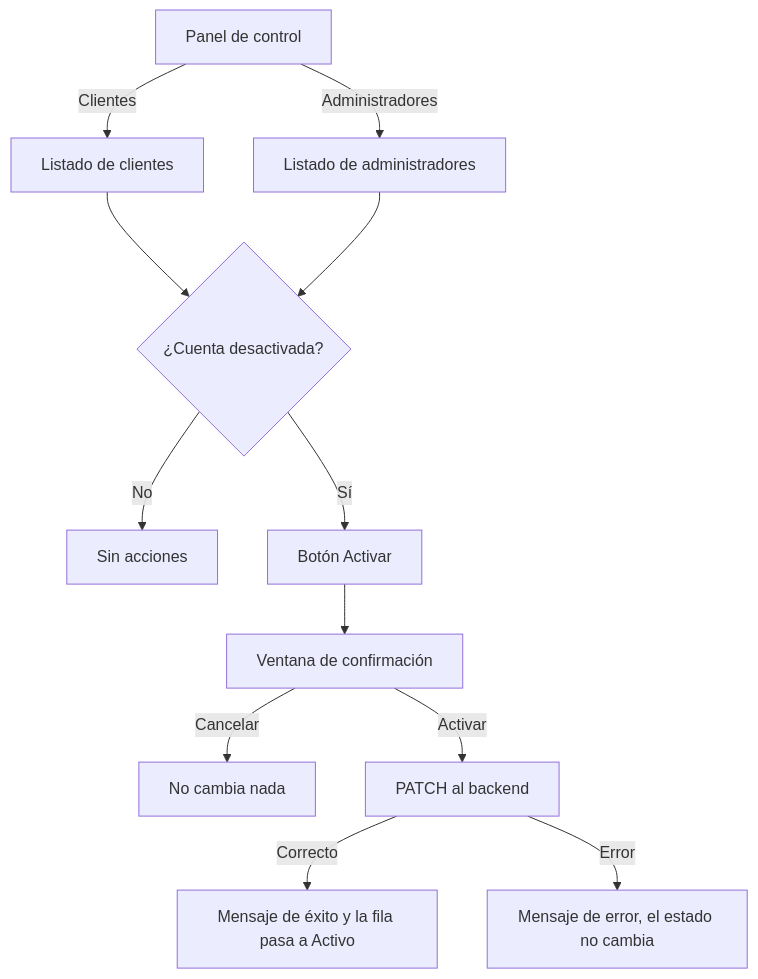
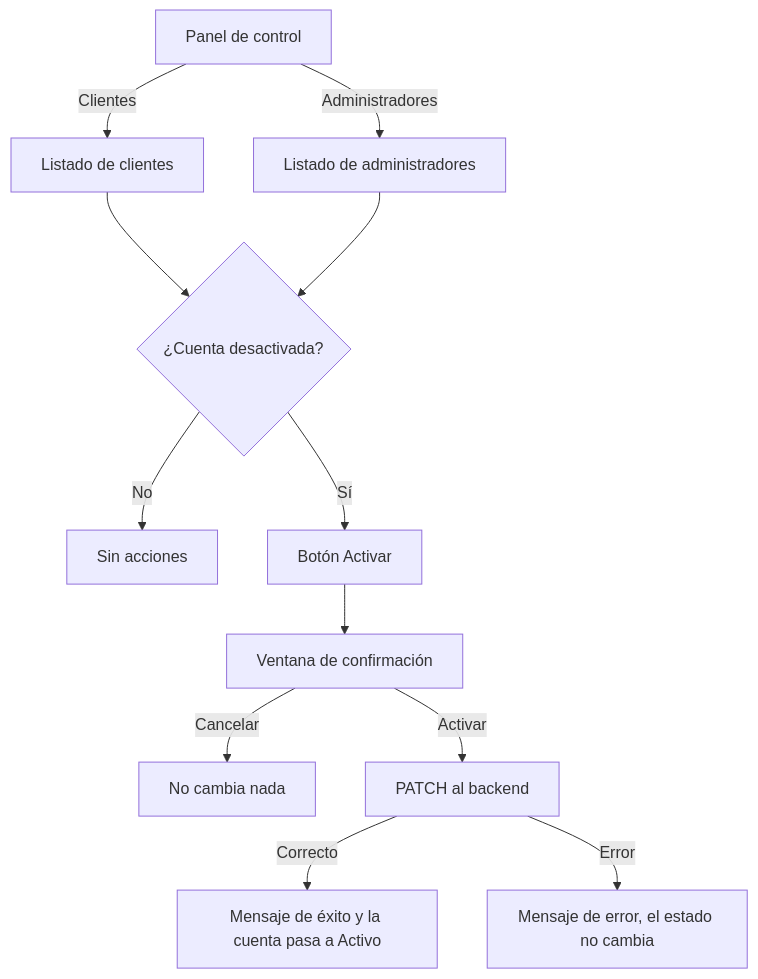
The diagram in frontend/docs/hu24-activar-usuario.md (ESIBuy-2026-2027/ESIBuy-Mantenimiento), drawn with Mermaid before and after one commit. The commit also changed other lines of this file and 18 other files, not shown here.

````diff
--- a/frontend/docs/hu24-activar-usuario.md
+++ b/frontend/docs/hu24-activar-usuario.md
@@ -48,14 +49,14 @@
 ```mermaid
 flowchart TD
     A[Panel de control] -- Clientes --> B[Listado de clientes]
     A -- Administradores --> C[Listado de administradores]
     B --> D{¿Cuenta desactivada?}
     C --> D
     D -- No --> E[Sin acciones]
     D -- Sí --> F[Botón Activar]
     F --> G[Ventana de confirmación]
     G -- Cancelar --> H[No cambia nada]
     G -- Activar --> I[PATCH al backend]
-    I -- Correcto --> J[Mensaje de éxito y la fila pasa a Activo]
+    I -- Correcto --> J[Mensaje de éxito y la cuenta pasa a Activo]
     I -- Error --> K[Mensaje de error, el estado no cambia]
 ```
````
